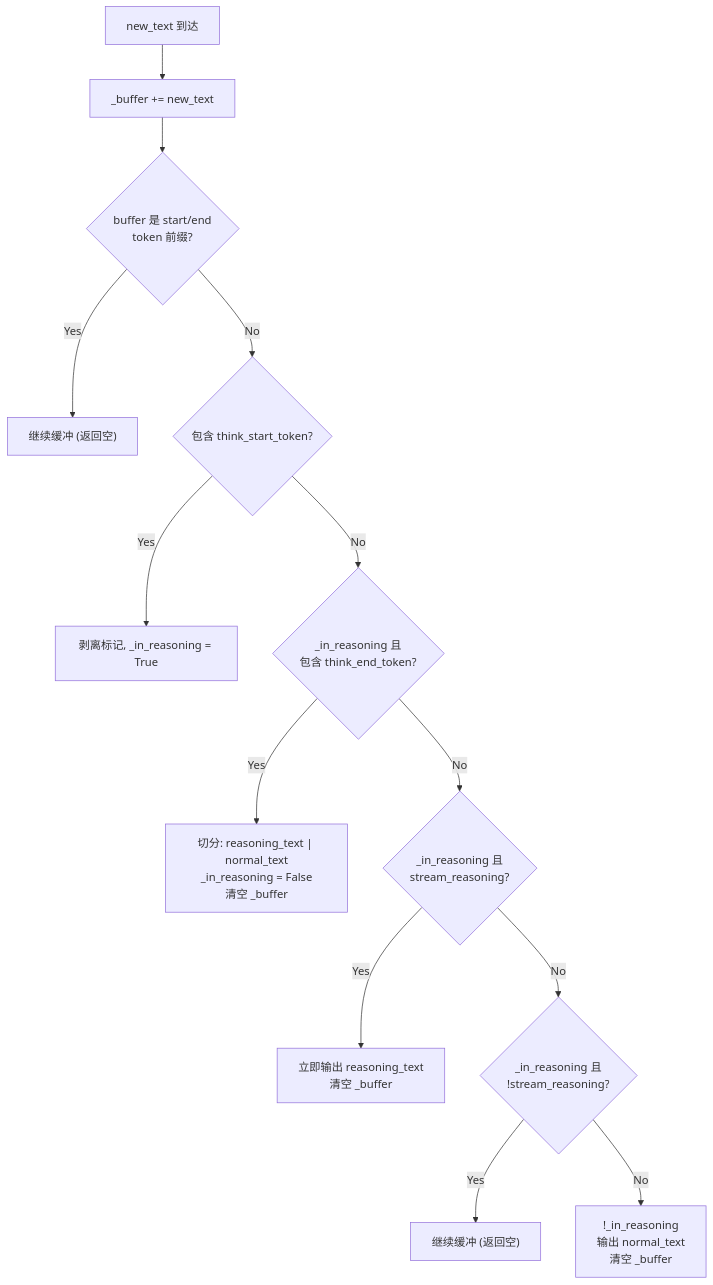
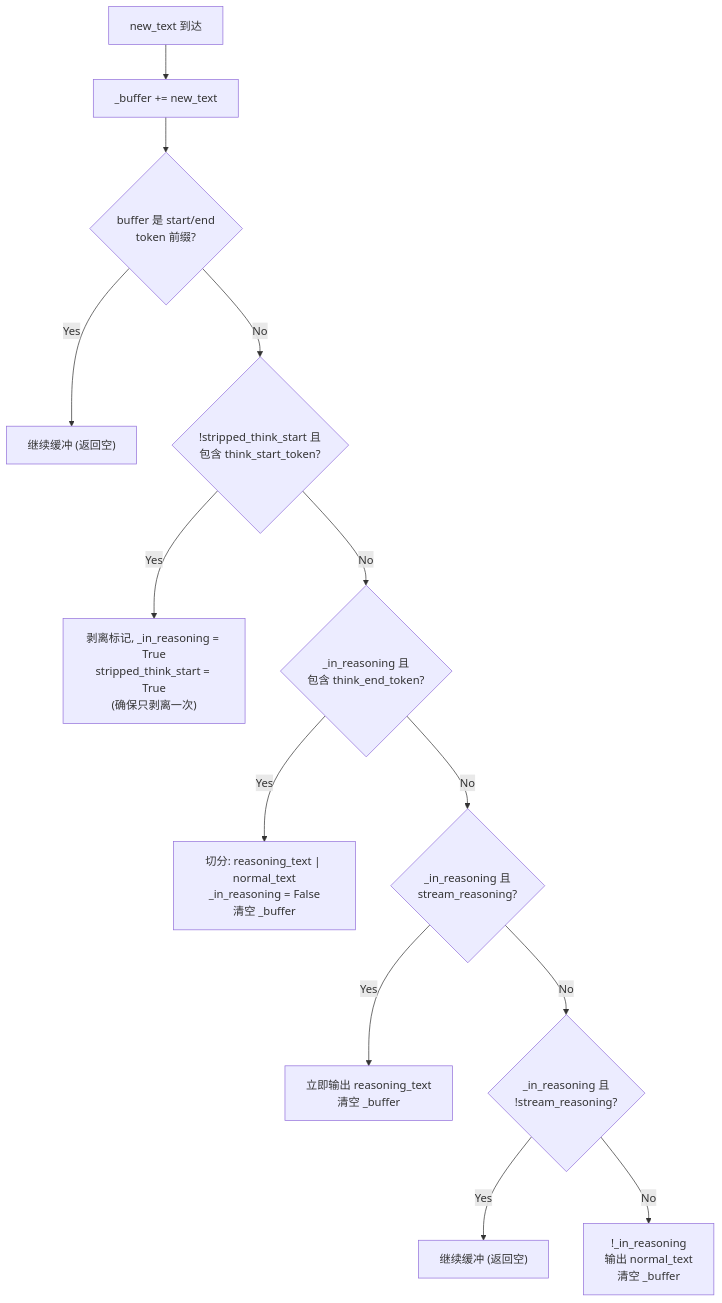
One commit to wesleyck/AIInfraNotes changed the third of 7 diagrams in SGLang/21-reasoning-and-function-call.md. Above: the diagram before and after it, drawn with Mermaid. The commit also changed other lines of this file and 26 other files, not shown here.

````diff
--- a/SGLang/21-reasoning-and-function-call.md
+++ b/SGLang/21-reasoning-and-function-call.md
@@ -90,15 +111,15 @@
 ```mermaid
 flowchart TD
     A["new_text 到达"] --> B["_buffer += new_text"]
     B --> C{"buffer 是 start/end<br/>token 前缀?"}
     C -->|Yes| D["继续缓冲 (返回空)"]
-    C -->|No| E{"包含 think_start_token?"}
-    E -->|Yes| F["剥离标记, _in_reasoning = True"]
+    C -->|No| E{"!stripped_think_start 且<br/>包含 think_start_token?"}
+    E -->|Yes| F["剥离标记, _in_reasoning = True<br/>stripped_think_start = True<br/>(确保只剥离一次)"]
     E -->|No| G{"_in_reasoning 且<br/>包含 think_end_token?"}
     G -->|Yes| H["切分: reasoning_text | normal_text<br/>_in_reasoning = False<br/>清空 _buffer"]
     G -->|No| I{"_in_reasoning 且<br/>stream_reasoning?"}
     I -->|Yes| J["立即输出 reasoning_text<br/>清空 _buffer"]
     I -->|No| K{"_in_reasoning 且<br/>!stream_reasoning?"}
     K -->|Yes| L["继续缓冲 (返回空)"]
     K -->|No| M["!_in_reasoning<br/>输出 normal_text<br/>清空 _buffer"]
 ```
````
